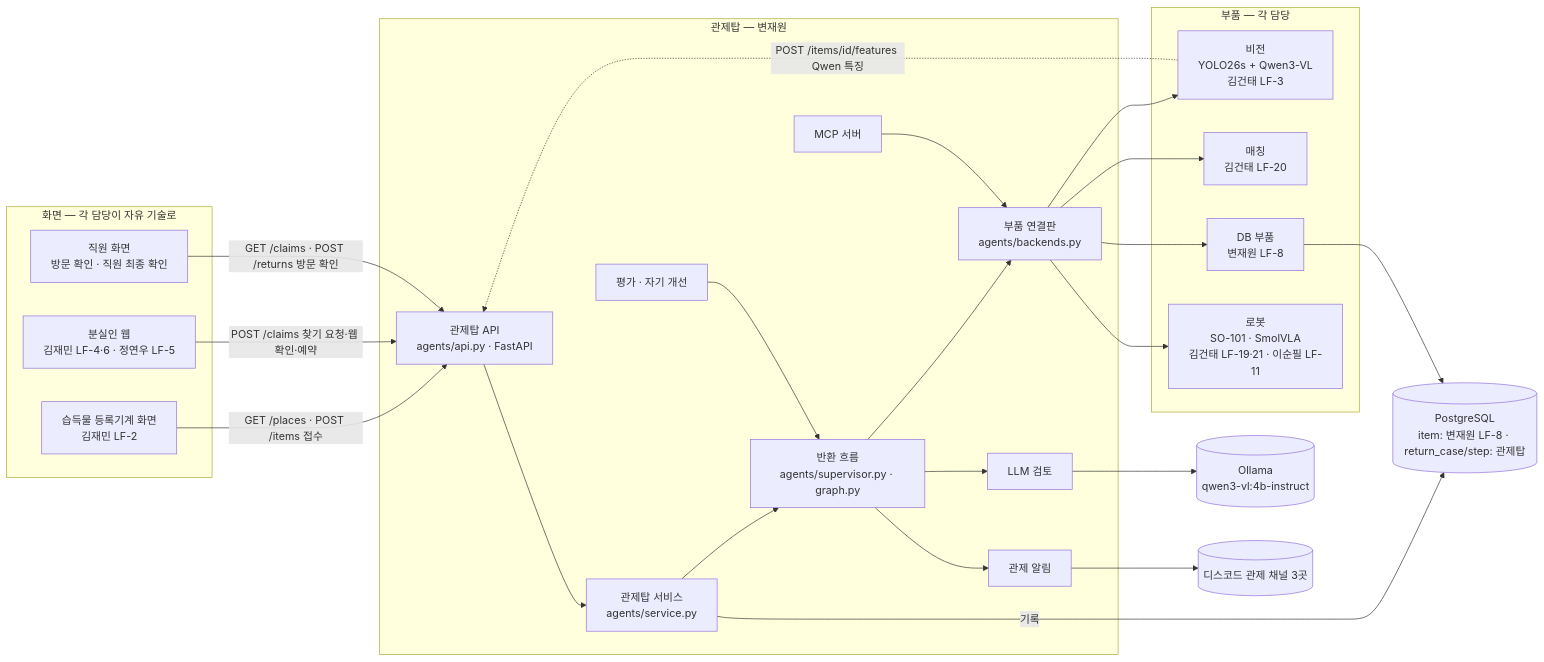
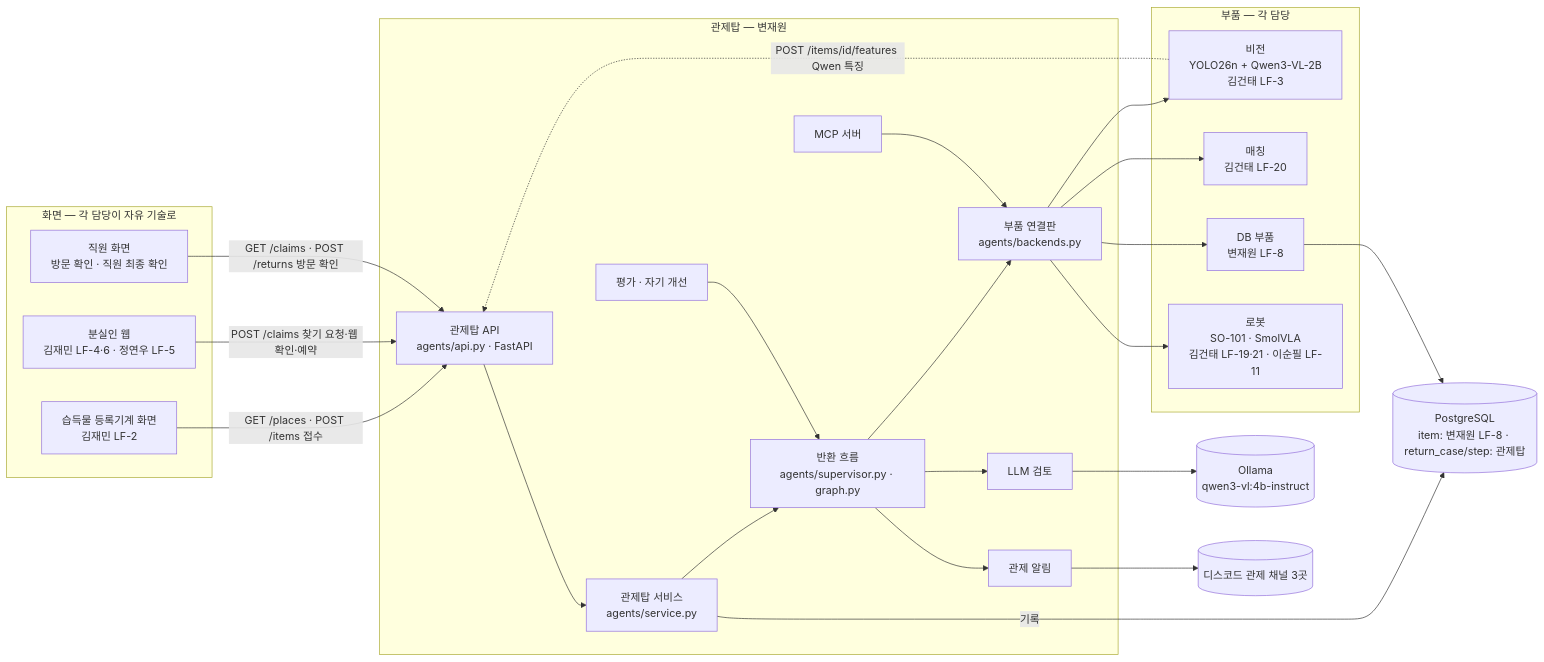
One commit to agentops-lostfound/ai-lostfound-tower changed the first of 2 diagrams in docs/design/architecture.md. Above: the diagram before and after it, drawn with Mermaid. The commit also changed 18 other files, not shown here.

````diff
--- a/docs/design/architecture.md
+++ b/docs/design/architecture.md
@@ -7,39 +7,39 @@
 ```mermaid
 flowchart LR
   subgraph Screens[화면 — 각 담당이 자유 기술로]
     Kiosk[습득물 등록기계 화면<br/>김재민 LF-2]
     Web[분실인 웹<br/>김재민 LF-4·6 · 정연우 LF-5]
     Staff[직원 화면<br/>방문 확인 · 직원 최종 확인]
   end
   subgraph Tower[관제탑 — 변재원]
     API[관제탑 API<br/>agents/api.py · FastAPI]
     SVC[관제탑 서비스<br/>agents/service.py]
     SUP[반환 흐름<br/>agents/supervisor.py · graph.py]
     CB[부품 연결판<br/>agents/backends.py]
     REV[LLM 검토]
     REP[관제 알림]
     EVAL[평가 · 자기 개선]
     MCP[MCP 서버]
   end
   subgraph Parts[부품 — 각 담당]
-    V[비전<br/>YOLO26s + Qwen3-VL<br/>김건태 LF-3]
+    V[비전<br/>YOLO26n + Qwen3-VL-2B<br/>김건태 LF-3]
     M[매칭<br/>김건태 LF-20]
     D[DB 부품<br/>변재원 LF-8]
     R[로봇<br/>SO-101 · SmolVLA<br/>김건태 LF-19·21 · 이순필 LF-11]
   end
   PG[(PostgreSQL<br/>item: 변재원 LF-8 · return_case/step: 관제탑)]
   OL[(Ollama<br/>qwen3-vl:4b-instruct)]
   DC[(디스코드 관제 채널 3곳)]
   Kiosk -->|GET /places · POST /items 접수| API
   V -.->|POST /items/id/features Qwen 특징| API
   Web -->|POST /claims 찾기 요청·웹 확인·예약| API
   Staff -->|GET /claims · POST /returns 방문 확인| API
   API --> SVC --> SUP --> CB
   SVC -->|기록| PG
   CB --> V & M & D & R
   D --> PG
   SUP --> REV --> OL
   SUP --> REP --> DC
   EVAL --> SUP
   MCP --> CB
 ```
````
